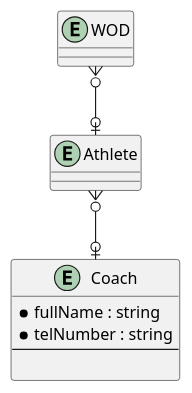
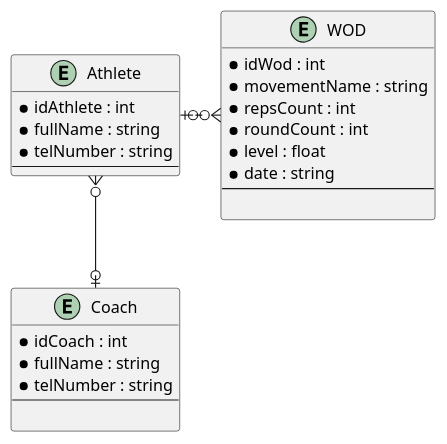
One commit to SaLuX8/UI-programming changed the second of 2 diagrams in Specs/Specs.md. Above: the diagram before and after it, drawn with PlantUML.

Commit message:
edit entity model

````diff
--- a/Specs/Specs.md
+++ b/Specs/Specs.md
@@ -51,14 +51,29 @@
 ```plantuml
 entity Coach {
+    * idCoach : int
     * fullName : string
     * telNumber : string
     --
     
 }
-entity Athlete 
-entity WOD 
+entity Athlete {
+    * idAthlete : int
+    * fullName : string
+    * telNumber : string
+    --
+}
+entity WOD {
+    * idWod : int
+    * movementName : string
+    * repsCount : int
+    * roundCount : int
+    * level : float
+    * date : string
+    --
+    
+}
 Athlete }o--o| Coach
-WOD }o--o| Athlete
+WOD }o-left-o| Athlete
 
 
 ```
````
